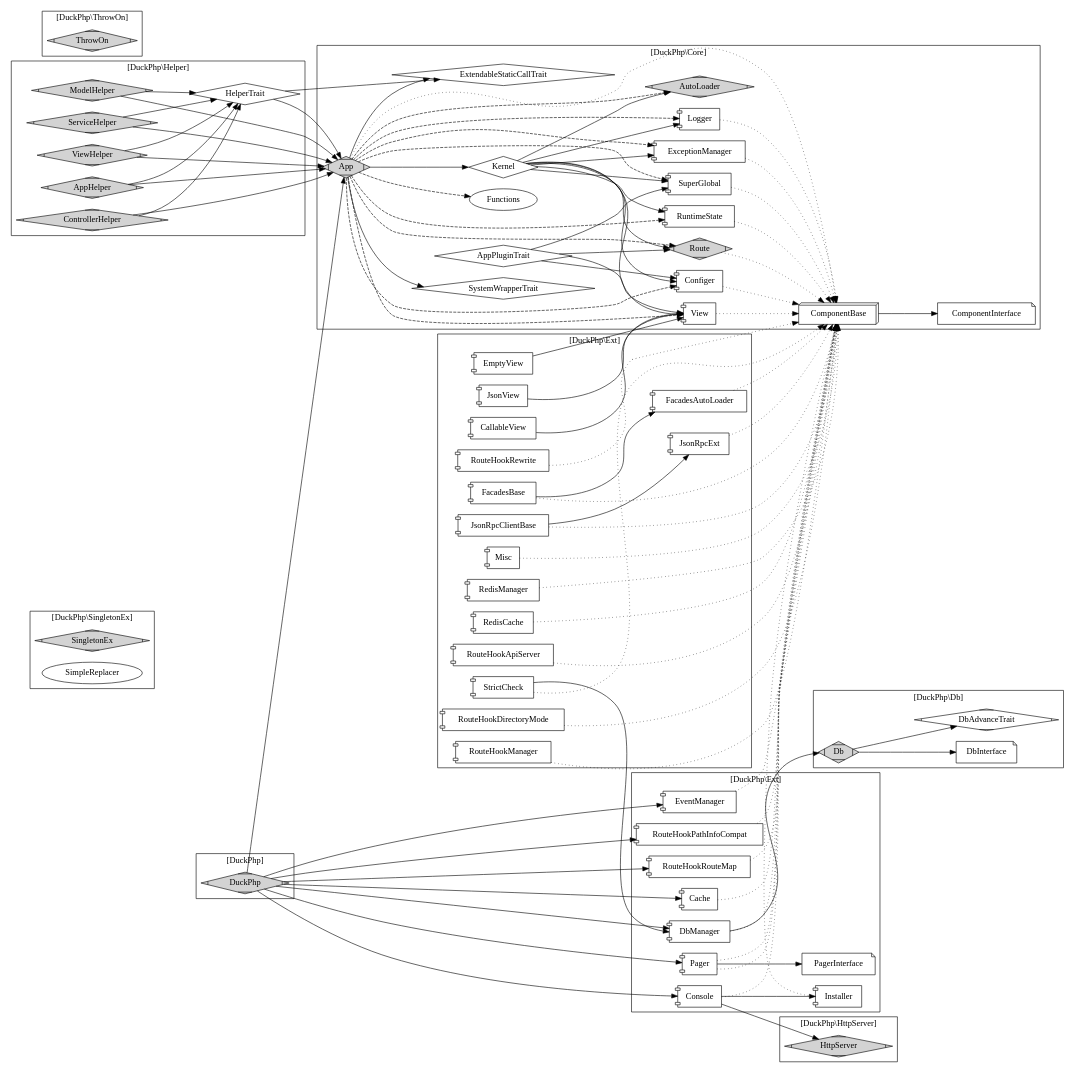
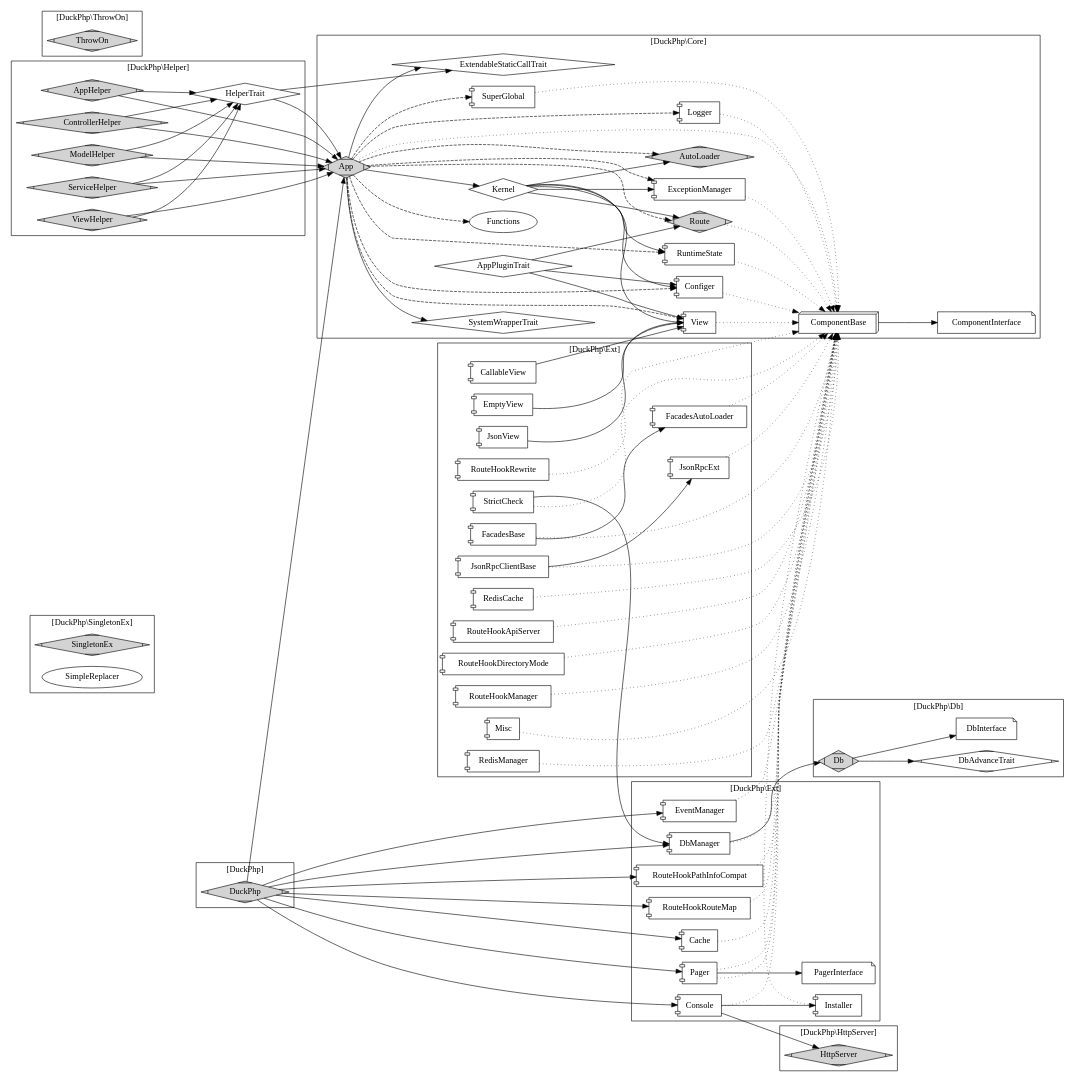
One commit to dvaknheo/duckphp changed the diagram in doc/duckphp.gv. Above: the diagram before and after it, drawn with Graphviz. The commit also changed 15 other files, not shown here.

Commit message:
5连通过，减少入口行数，减少 use_super_global， 准备superGlobal 脱钩

```diff
--- a/doc/duckphp.gv
+++ b/doc/duckphp.gv
@@ -35,12 +35,10 @@
 
     Core_Kernel -> Core_AutoLoader ;
     Core_Kernel -> Core_Configer;
-    Core_Kernel -> Core_Logger;
     Core_Kernel -> Core_ExceptionManager;
     Core_Kernel -> Core_Route;
     Core_Kernel -> Core_RuntimeState;
     Core_Kernel -> Core_View;
-    Core_Kernel -> Core_SuperGlobal;
     
     Core_App -> Core_Kernel;
     Core_App -> Core_ExtendableStaticCallTrait;
@@ -57,13 +55,10 @@
     
     Core_App -> Core_Functions [style="dashed"];
     Core_App -> Core_ComponentBase [style="dotted"];
-
-
+    
     Core_AppPluginTrait -> Core_Configer;
     Core_AppPluginTrait -> Core_View;
     Core_AppPluginTrait -> Core_Route;
-    Core_AppPluginTrait -> Core_SuperGlobal;
-    
     
     Core_ExceptionManager -> Core_ComponentBase [style="dotted"];
     Core_Configer -> Core_ComponentBase [style="dotted"];
```
